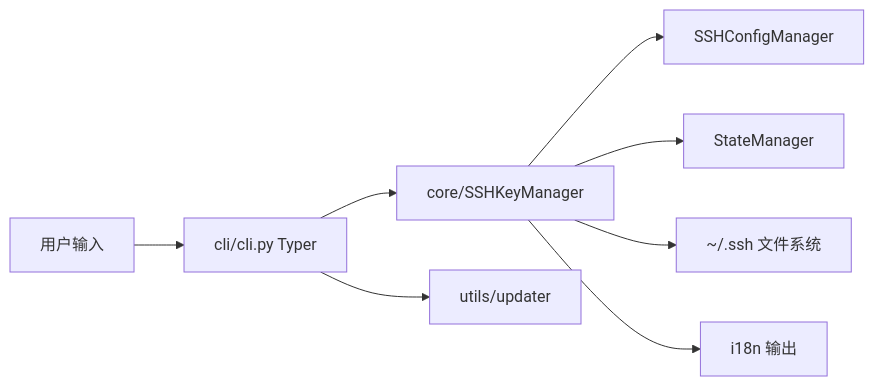
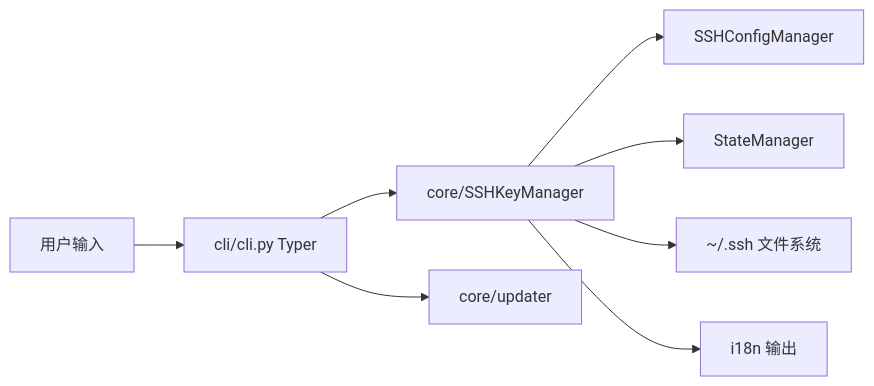
The first of 2 diagrams in docs/DEVELOPER.md (365tools/SSHKeyManager), drawn with Mermaid before and after one commit. The commit also changed other lines of this file and 35 other files, not shown here.

````diff
--- a/docs/DEVELOPER.md
+++ b/docs/DEVELOPER.md
@@ -88,10 +99,10 @@
 ```mermaid
 flowchart LR
     A[用户输入] --> B[cli/cli.py  Typer]
     B --> D[core/SSHKeyManager]
     D --> E[SSHConfigManager]
     D --> F[StateManager]
     D --> G[~/.ssh 文件系统]
-    B --> H[utils/updater]
+    B --> H[core/updater]
     D --> I[i18n 输出]
 ```
````
